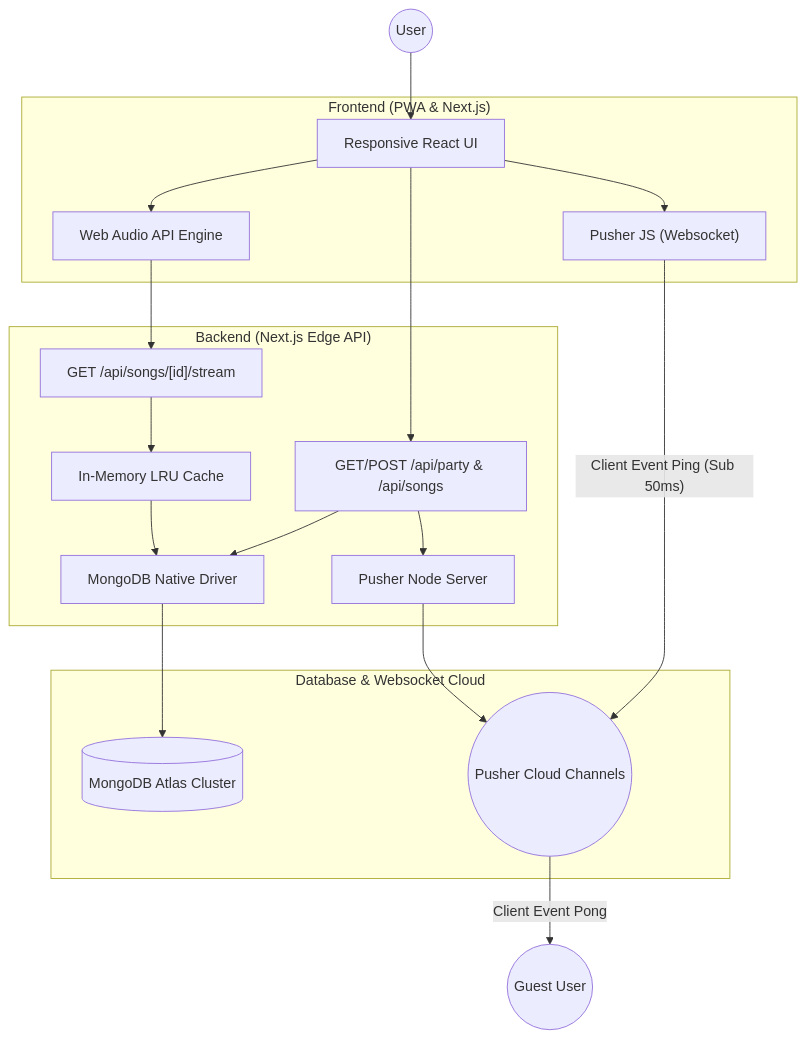
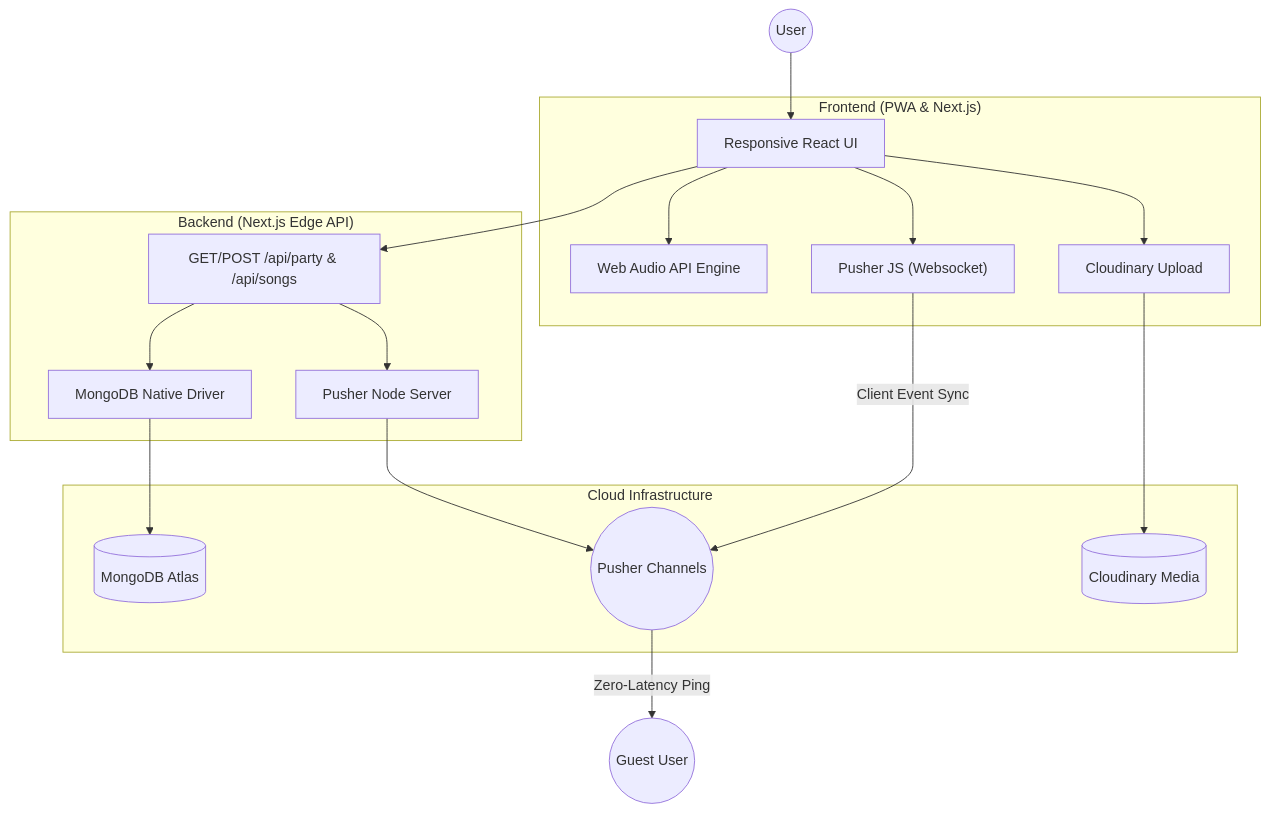
One commit to CodeWithBasu/RhythmX changed the diagram in README.md. Above: the diagram before and after it, drawn with Mermaid. The commit also changed other lines of this file, not shown here.

Commit message:
docs: update README with new architecture, Cloudinary integration, and technical code snippets

````diff
--- a/README.md
+++ b/README.md
@@ -33,41 +73,36 @@
 ```mermaid
 graph TD
     User((User))
     Guest((Guest User))
 
     subgraph "Frontend (PWA & Next.js)"
         UI["Responsive React UI"]
         Visualizer["Web Audio API Engine"]
         PusherClient["Pusher JS (Websocket)"]
+        CloudinarySDK["Cloudinary Upload"]
     end
 
     subgraph "Backend (Next.js Edge API)"
         MetaAPI["GET/POST /api/party & /api/songs"]
-        StreamAPI["GET /api/songs/[id]/stream"]
-        LRUCache["In-Memory LRU Cache"]
         MongoClient["MongoDB Native Driver"]
         PusherServer["Pusher Node Server"]
     end
 
-    subgraph "Database & Websocket Cloud"
-        Atlas[("MongoDB Atlas Cluster")]
-        PusherCloud(("Pusher Cloud Channels"))
+    subgraph "Cloud Infrastructure"
+        Atlas[("MongoDB Atlas")]
+        PusherCloud(("Pusher Channels"))
+        Cloudinary[("Cloudinary Media")]
     end
 
     User --> UI
     UI --> Visualizer
-    Visualizer --> StreamAPI
+    UI --> CloudinarySDK --> Cloudinary
     UI --> MetaAPI
     UI --> PusherClient
     
-    %% Peer to Peer fallback Simulation
-    PusherClient -- "Client Event Ping (Sub 50ms)" --> PusherCloud
-    PusherCloud -- "Client Event Pong" --> Guest
+    PusherClient -- "Client Event Sync" --> PusherCloud
+    PusherCloud -- "Zero-Latency Ping" --> Guest
     
-    MetaAPI --> MongoClient
-    MetaAPI --> PusherServer
-    PusherServer --> PusherCloud
-    StreamAPI --> LRUCache
-    LRUCache --> MongoClient
-    MongoClient --> Atlas
+    MetaAPI --> MongoClient --> Atlas
+    MetaAPI --> PusherServer --> PusherCloud
 ```
````
